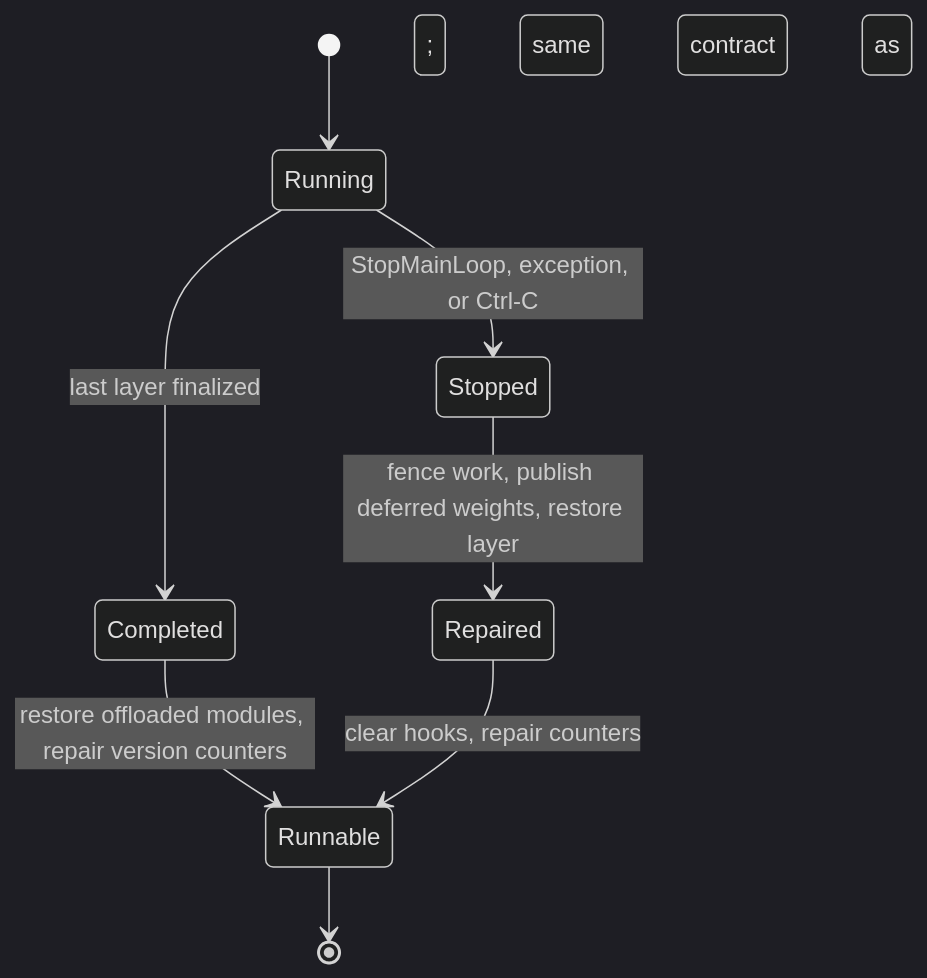
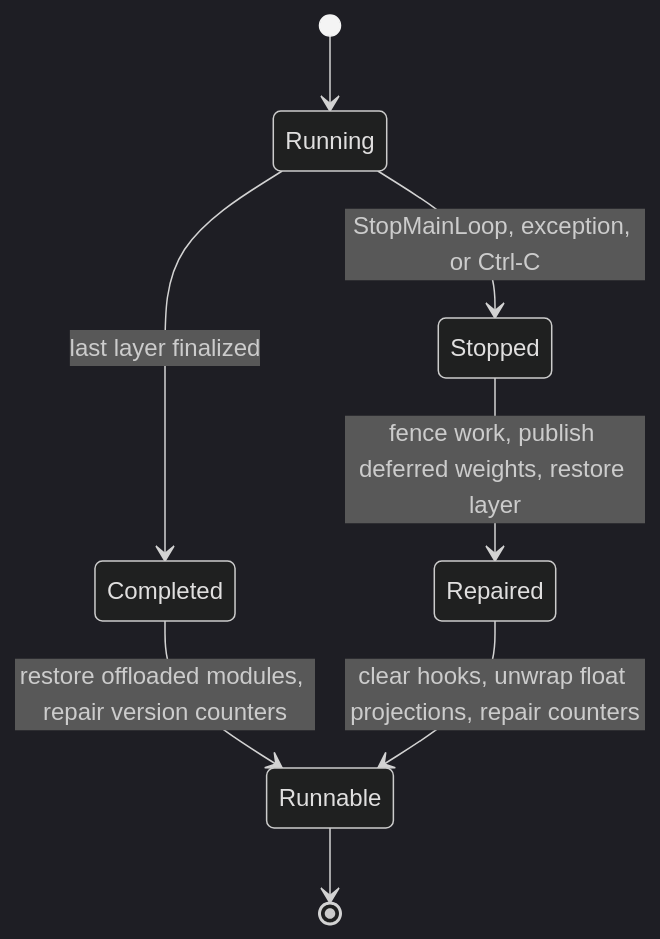
One commit to ModelCloud/GPTQModel changed the first of 5 diagrams in docs/cancelled-run-contract.md. Above: the diagram before and after it, drawn with Mermaid (dark theme). The commit also changed other lines of this file and 15 other files, not shown here.

````diff
--- a/docs/cancelled-run-contract.md
+++ b/docs/cancelled-run-contract.md
@@ -14,10 +14,10 @@
 ```mermaid
 stateDiagram-v2
     [*] --> Running
     Running --> Completed: last layer finalized
     Running --> Stopped: StopMainLoop, exception, or Ctrl-C
     Completed --> Runnable: restore offloaded modules, repair version counters
     Stopped --> Repaired: fence work, publish deferred weights, restore layer
-    Repaired --> Runnable: clear hooks, repair counters; same contract as Completed
+    Repaired --> Runnable: clear hooks, unwrap float projections, repair counters
     Runnable --> [*]
 ```
````
